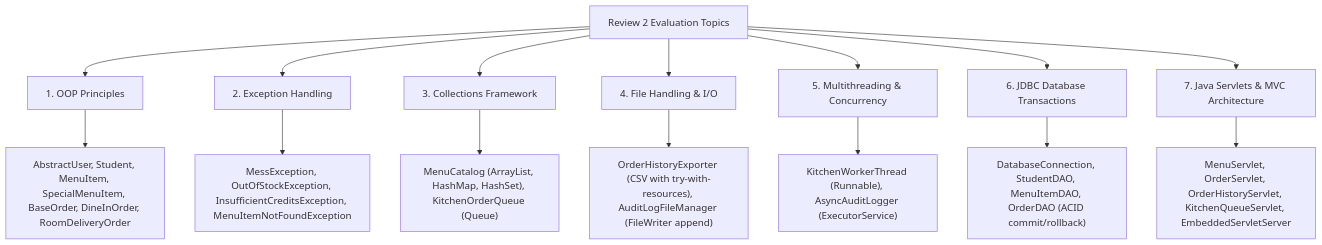
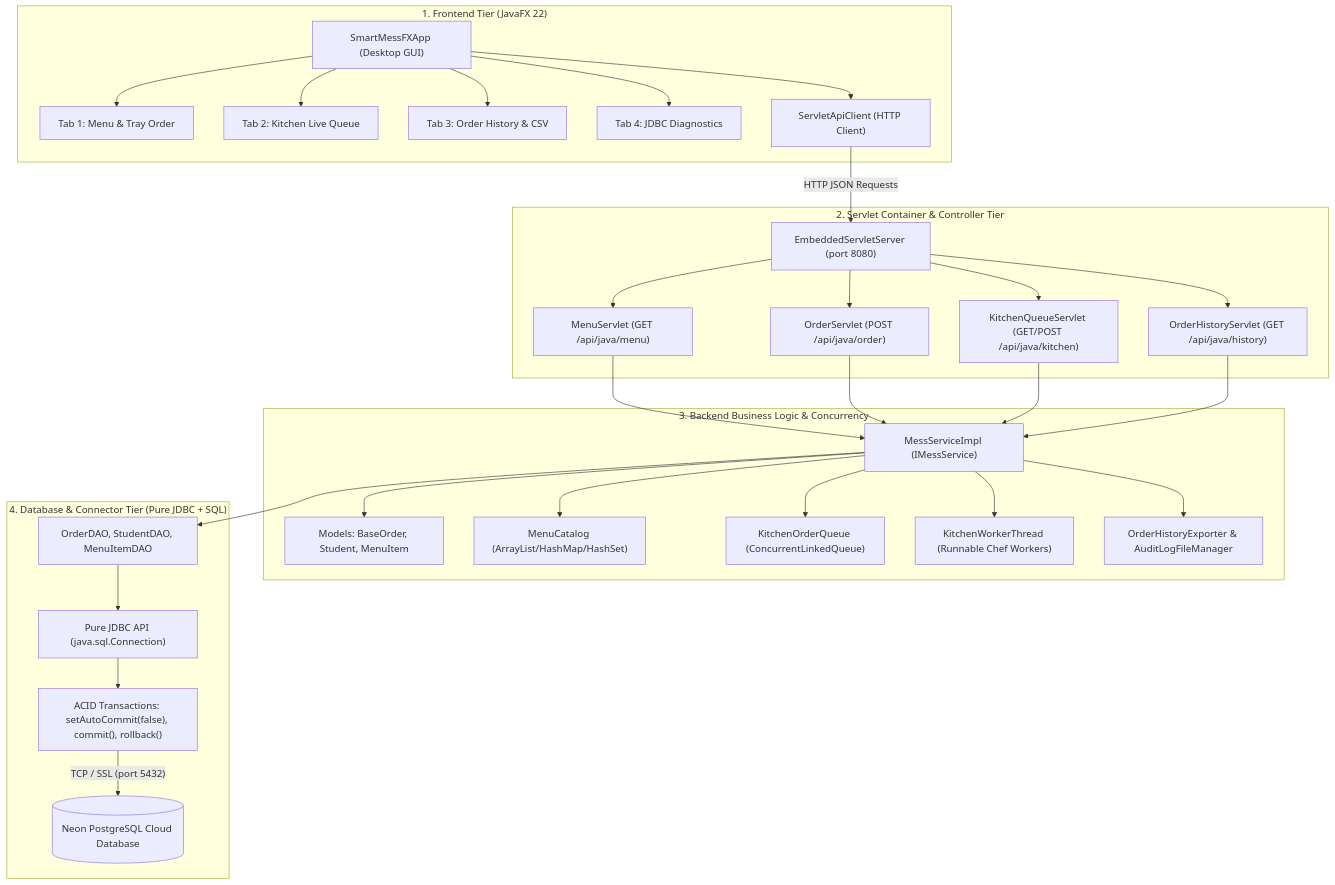
Before and after one commit to kundurohit775-cmyk/smart-campus-mess: the diagram in smartmess-java/README.md, drawn with Mermaid. The commit also changed other lines of this file and 11 other files, not shown here.

Commit message:
feat(java): add JavaFX desktop frontend, Servlet API client, and full 5-tier architecture

````diff
--- a/smartmess-java/README.md
+++ b/smartmess-java/README.md
@@ -36,18 +48,58 @@
 ```mermaid
 graph TD
-    A["Review 2 Evaluation Topics"] --> B["1. OOP Principles"]
-    A --> C["2. Exception Handling"]
-    A --> D["3. Collections Framework"]
-    A --> E["4. File Handling & I/O"]
-    A --> F["5. Multithreading & Concurrency"]
-    A --> G["6. JDBC Database Transactions"]
-    A --> H["7. Java Servlets & MVC Architecture"]
+    subgraph Frontend["1. Frontend Tier (JavaFX 22)"]
+        UI["SmartMessFXApp (Desktop GUI)"]
+        FX1["Tab 1: Menu & Tray Order"]
+        FX2["Tab 2: Kitchen Live Queue"]
+        FX3["Tab 3: Order History & CSV"]
+        FX4["Tab 4: JDBC Diagnostics"]
+        Client["ServletApiClient (HTTP Client)"]
+        UI --> FX1
+        UI --> FX2
+        UI --> FX3
+        UI --> FX4
+        UI --> Client
+    end
 
-    B --> B1["AbstractUser, Student, MenuItem, SpecialMenuItem, BaseOrder, DineInOrder, RoomDeliveryOrder"]
-    C --> C1["MessException, OutOfStockException, InsufficientCreditsException, MenuItemNotFoundException"]
-    D --> D1["MenuCatalog (ArrayList, HashMap, HashSet), KitchenOrderQueue (Queue)"]
-    E --> E1["OrderHistoryExporter (CSV with try-with-resources), AuditLogFileManager (FileWriter append)"]
-    F --> F1["KitchenWorkerThread (Runnable), AsyncAuditLogger (ExecutorService)"]
-    G --> G1["DatabaseConnection, StudentDAO, MenuItemDAO, OrderDAO (ACID commit/rollback)"]
-    H --> H1["MenuServlet, OrderServlet, OrderHistoryServlet, KitchenQueueServlet, EmbeddedServletServer"]
+    subgraph ServletTier["2. Servlet Container & Controller Tier"]
+        Server["EmbeddedServletServer (port 8080)"]
+        S1["MenuServlet (GET /api/java/menu)"]
+        S2["OrderServlet (POST /api/java/order)"]
+        S3["KitchenQueueServlet (GET/POST /api/java/kitchen)"]
+        S4["OrderHistoryServlet (GET /api/java/history)"]
+        Client -- "HTTP JSON Requests" --> Server
+        Server --> S1
+        Server --> S2
+        Server --> S3
+        Server --> S4
+    end
+
+    subgraph BackendCore["3. Backend Business Logic & Concurrency"]
+        Service["MessServiceImpl (IMessService)"]
+        OOP["Models: BaseOrder, Student, MenuItem"]
+        Collections["MenuCatalog (ArrayList/HashMap/HashSet)"]
+        Queue["KitchenOrderQueue (ConcurrentLinkedQueue)"]
+        Threads["KitchenWorkerThread (Runnable Chef Workers)"]
+        FileIO["OrderHistoryExporter & AuditLogFileManager"]
+        S1 --> Service
+        S2 --> Service
+        S3 --> Service
+        S4 --> Service
+        Service --> OOP
+        Service --> Collections
+        Service --> Queue
+        Service --> Threads
+        Service --> FileIO
+    end
+
+    subgraph DatabaseTier["4. Database & Connector Tier (Pure JDBC + SQL)"]
+        JDBC["Pure JDBC API (java.sql.Connection)"]
+        DAOs["OrderDAO, StudentDAO, MenuItemDAO"]
+        Tx["ACID Transactions: setAutoCommit(false), commit(), rollback()"]
+        SQL[("Neon PostgreSQL Cloud Database")]
+        Service --> DAOs
+        DAOs --> JDBC
+        JDBC --> Tx
+        Tx -- "TCP / SSL (port 5432)" --> SQL
+    end
 ```
````
